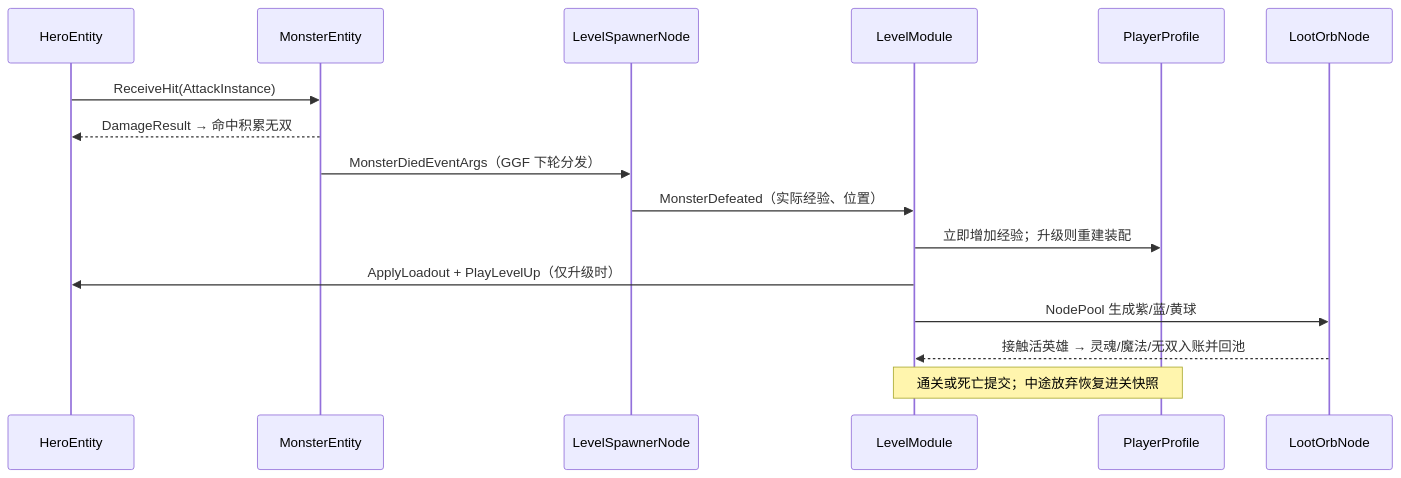
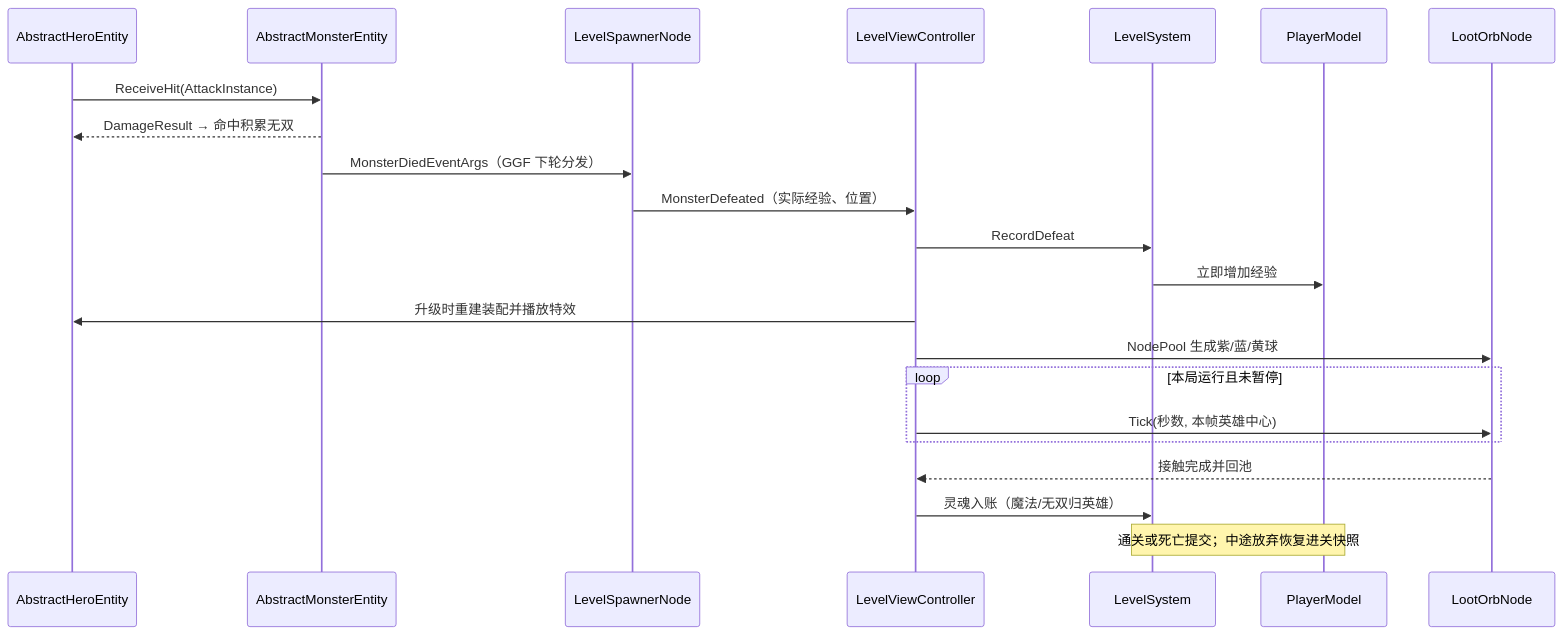
One commit to zheliku/GameZMXY changed the second of 2 diagrams in Docs/ProjectTour.md. Above: the diagram before and after it, drawn with Mermaid. The commit also changed other lines of this file and 293 other files, not shown here.

Commit message:
refactor(architecture): 以 GGF 流程 FSM 统一 Model/System/Utility/Controller 归属

````diff
--- a/Docs/ProjectTour.md
+++ b/Docs/ProjectTour.md
@@ -131,18 +193,24 @@
 ```mermaid
 sequenceDiagram
-    participant Hero as HeroEntity
-    participant Monster as MonsterEntity
+    participant Hero as AbstractHeroEntity
+    participant Monster as AbstractMonsterEntity
     participant Spawner as LevelSpawnerNode
-    participant Level as LevelModule
-    participant Profile as PlayerProfile
+    participant View as LevelViewController
+    participant Level as LevelSystem
+    participant Profile as PlayerModel
     participant Orb as LootOrbNode
     Hero->>Monster: ReceiveHit(AttackInstance)
     Monster-->>Hero: DamageResult → 命中积累无双
     Monster->>Spawner: MonsterDiedEventArgs（GGF 下轮分发）
-    Spawner->>Level: MonsterDefeated（实际经验、位置）
-    Level->>Profile: 立即增加经验；升级则重建装配
-    Level->>Hero: ApplyLoadout + PlayLevelUp（仅升级时）
-    Level->>Orb: NodePool 生成紫/蓝/黄球
-    Orb-->>Level: 接触活英雄 → 灵魂/魔法/无双入账并回池
+    Spawner->>View: MonsterDefeated（实际经验、位置）
+    View->>Level: RecordDefeat
+    Level->>Profile: 立即增加经验
+    View->>Hero: 升级时重建装配并播放特效
+    View->>Orb: NodePool 生成紫/蓝/黄球
+    loop 本局运行且未暂停
+        View->>Orb: Tick(秒数, 本帧英雄中心)
+    end
+    Orb-->>View: 接触完成并回池
+    View->>Level: 灵魂入账（魔法/无双归英雄）
     Note over Level,Profile: 通关或死亡提交；中途放弃恢复进关快照
 ```
````
